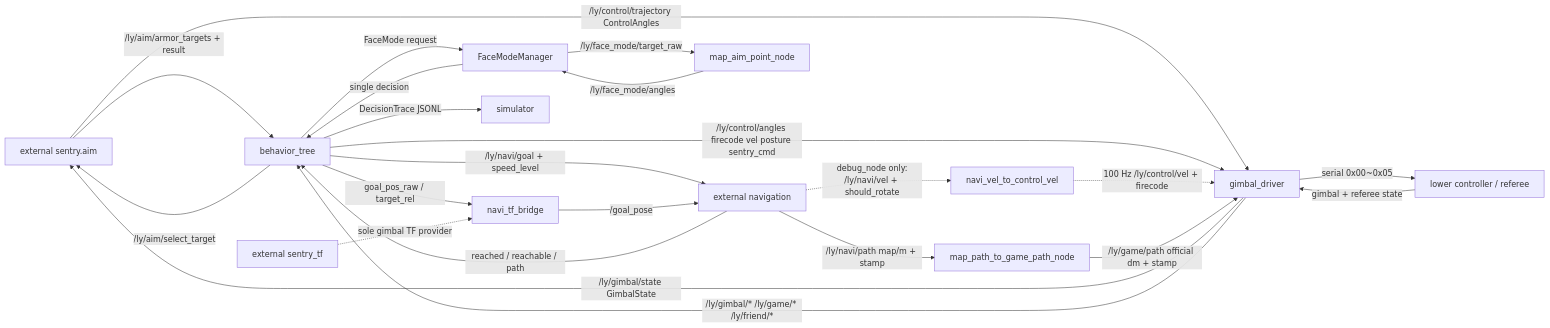
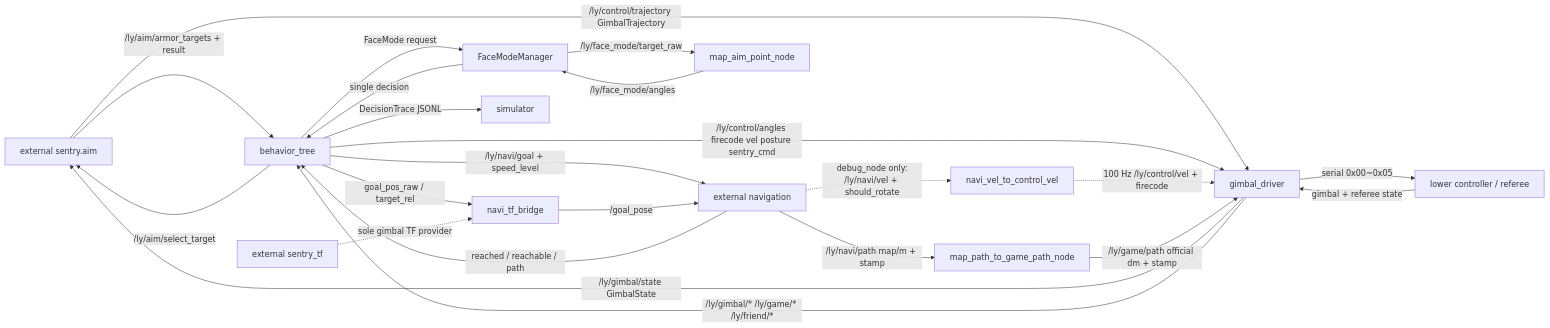
Before and after one commit to UnWanHin/ros2_ly_ws_sentary: the diagram in .understand-anything/project-knowledge-graph.md, drawn with Mermaid. The commit also changed other lines of this file and 16 other files, not shown here.

Commit message:
gimbal_driver: own MPC trajectory message

````diff
--- a/.understand-anything/project-knowledge-graph.md
+++ b/.understand-anything/project-knowledge-graph.md
@@ -19,27 +19,27 @@
 ```mermaid
 flowchart LR
   AIM[external sentry.aim] -->|/ly/aim/armor_targets + result| BT[behavior_tree]
-  AIM -->|/ly/control/trajectory ControlAngles| GD[gimbal_driver]
+  AIM -->|/ly/control/trajectory GimbalTrajectory| GD[gimbal_driver]
   BT -->|/ly/aim/select_target| AIM
   BT -->|/ly/control/angles firecode vel posture sentry_cmd| GD[gimbal_driver]
   GD -->|/ly/gimbal/state GimbalState| AIM
   GD -->|serial 0x00~0x05| LOWER[lower controller / referee]
   LOWER -->|gimbal + referee state| GD
   GD -->|/ly/gimbal/* /ly/game/* /ly/friend/*| BT
 
   BT -->|/ly/navi/goal + speed_level| NAV
   BT -->|goal_pos_raw / target_rel| BRIDGE[navi_tf_bridge]
   BT -->|FaceMode request| FACE[FaceModeManager]
   FACE -->|/ly/face_mode/target_raw| FACE_SOLVER[map_aim_point_node]
   FACE_SOLVER -->|/ly/face_mode/angles| FACE
   FACE -->|single decision| BT
   BRIDGE -->|/goal_pose| NAV[external navigation]
   NAV -->|reached / reachable / path| BT
   NAV -.debug_node only:\n/ly/navi/vel + should_rotate.-> DEBUG_VEL[navi_vel_to_control_vel]
   DEBUG_VEL -.100 Hz /ly/control/vel + firecode.-> GD
   NAV -->|/ly/navi/path map/m + stamp| PATH[map_path_to_game_path_node]
   PATH -->|/ly/game/path official dm + stamp| GD
 
   TF[external sentry_tf] -.sole gimbal TF provider.-> BRIDGE
   BT -->|DecisionTrace JSONL| SIM[simulator]
 ```
````
